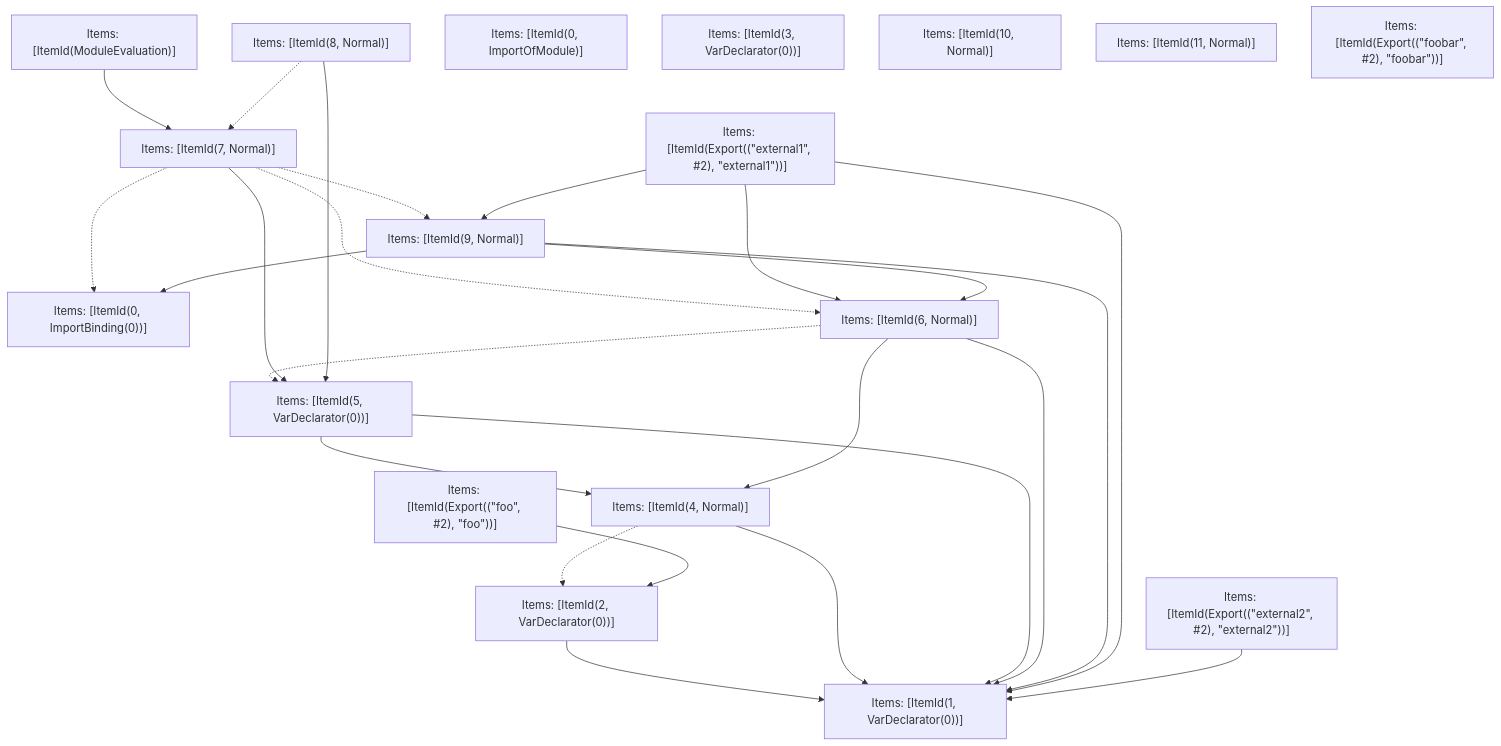
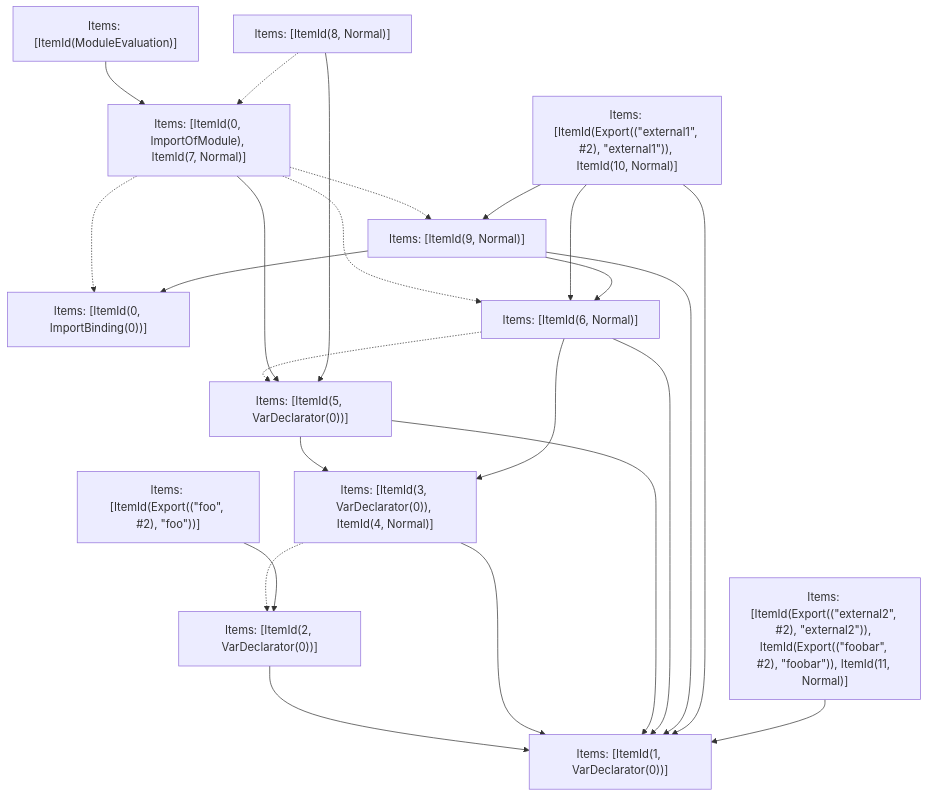
Before and after one commit to Sonar-UX-Testing-FreePlan/next.js: the fifth of 5 diagrams in turbopack/crates/turbopack-ecmascript/tests/tree-shaker/analyzer/1/output.md, drawn with Mermaid. The commit also changed other lines of this file and 38 other files, not shown here.

````diff
--- a/turbopack/crates/turbopack-ecmascript/tests/tree-shaker/analyzer/1/output.md
+++ b/turbopack/crates/turbopack-ecmascript/tests/tree-shaker/analyzer/1/output.md
@@ -338,44 +338,39 @@
 ```mermaid
 graph TD
     N0["Items: [ItemId(ModuleEvaluation)]"];
-    N1["Items: [ItemId(Export((&quot;external1&quot;, #2), &quot;external1&quot;))]"];
-    N2["Items: [ItemId(Export((&quot;external2&quot;, #2), &quot;external2&quot;))]"];
+    N1["Items: [ItemId(Export((&quot;external1&quot;, #2), &quot;external1&quot;)), ItemId(10, Normal)]"];
+    N2["Items: [ItemId(Export((&quot;external2&quot;, #2), &quot;external2&quot;)), ItemId(Export((&quot;foobar&quot;, #2), &quot;foobar&quot;)), ItemId(11, Normal)]"];
     N3["Items: [ItemId(Export((&quot;foo&quot;, #2), &quot;foo&quot;))]"];
-    N4["Items: [ItemId(0, ImportBinding(0))]"];
-    N5["Items: [ItemId(1, VarDeclarator(0))]"];
-    N6["Items: [ItemId(2, VarDeclarator(0))]"];
-    N7["Items: [ItemId(4, Normal)]"];
-    N8["Items: [ItemId(5, VarDeclarator(0))]"];
-    N9["Items: [ItemId(6, Normal)]"];
-    N10["Items: [ItemId(7, Normal)]"];
+    N4["Items: [ItemId(0, ImportOfModule), ItemId(7, Normal)]"];
+    N5["Items: [ItemId(0, ImportBinding(0))]"];
+    N6["Items: [ItemId(1, VarDeclarator(0))]"];
+    N7["Items: [ItemId(2, VarDeclarator(0))]"];
+    N8["Items: [ItemId(3, VarDeclarator(0)), ItemId(4, Normal)]"];
+    N9["Items: [ItemId(5, VarDeclarator(0))]"];
+    N10["Items: [ItemId(6, Normal)]"];
     N11["Items: [ItemId(8, Normal)]"];
     N12["Items: [ItemId(9, Normal)]"];
-    N13["Items: [ItemId(0, ImportOfModule)]"];
-    N14["Items: [ItemId(3, VarDeclarator(0))]"];
-    N15["Items: [ItemId(10, Normal)]"];
-    N16["Items: [ItemId(11, Normal)]"];
-    N17["Items: [ItemId(Export((&quot;foobar&quot;, #2), &quot;foobar&quot;))]"];
-    N6 --> N5;
-    N0 --> N10;
-    N7 --> N5;
-    N7 -.-> N6;
-    N8 --> N7;
-    N8 --> N5;
-    N9 --> N7;
-    N9 --> N5;
-    N9 -.-> N8;
+    N7 --> N6;
+    N0 --> N4;
+    N8 --> N6;
+    N8 -.-> N7;
+    N9 --> N8;
+    N9 --> N6;
     N10 --> N8;
+    N10 --> N6;
+    N10 -.-> N9;
+    N4 --> N9;
+    N12 --> N6;
+    N4 -.-> N5;
+    N4 -.-> N10;
+    N4 -.-> N12;
+    N11 --> N9;
+    N11 -.-> N4;
+    N1 --> N6;
+    N1 --> N10;
+    N3 --> N7;
+    N2 --> N6;
+    N1 --> N12;
     N12 --> N5;
-    N10 -.-> N4;
-    N10 -.-> N9;
-    N10 -.-> N12;
-    N11 --> N8;
-    N11 -.-> N10;
-    N1 --> N5;
-    N1 --> N9;
-    N3 --> N6;
-    N2 --> N5;
-    N1 --> N12;
-    N12 --> N4;
-    N12 --> N9;
+    N12 --> N10;
 ```
````
